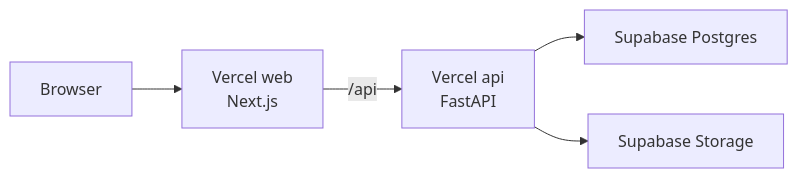
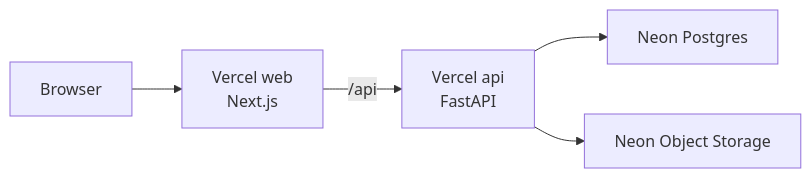
Before and after one commit to back0319/jerumi: the diagram in docs/build-and-deploy.md, drawn with Mermaid. The commit also changed other lines of this file and 18 other files, not shown here.

First line of the commit message:
feat: migrate database and storage from Supabase to Neon

````diff
--- a/docs/build-and-deploy.md
+++ b/docs/build-and-deploy.md
@@ -7,7 +7,7 @@
 ```mermaid
 flowchart LR
     A["Browser"] --> B["Vercel web<br/>Next.js"]
     B -->|/api| C["Vercel api<br/>FastAPI"]
-    C --> D["Supabase Postgres"]
-    C --> E["Supabase Storage"]
+    C --> D["Neon Postgres"]
+    C --> E["Neon Object Storage"]
 ```
````
